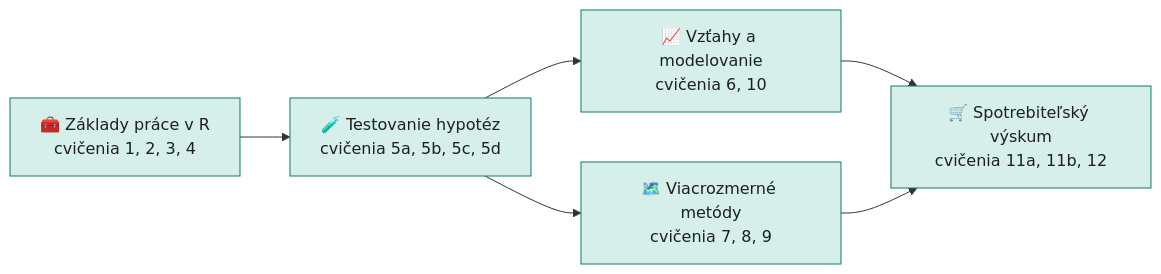
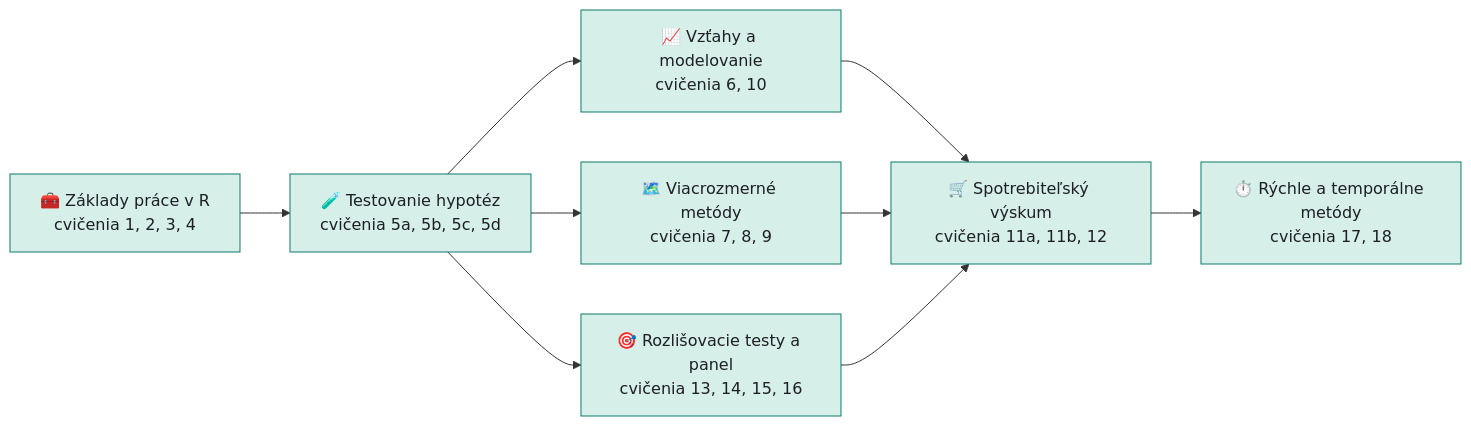
One commit to senzorika/SaIT changed the first of 2 diagrams in README.md. Above: the diagram before and after it, drawn with Mermaid. The commit also changed other lines of this file and 62 other files, not shown here.

````diff
--- a/README.md
+++ b/README.md
@@ -28,15 +28,20 @@
 ```mermaid
 flowchart LR
     B0["🧰 Základy práce v R<br/>cvičenia 1, 2, 3, 4"]
     B1["🧪 Testovanie hypotéz<br/>cvičenia 5a, 5b, 5c, 5d"]
     B2["📈 Vzťahy a modelovanie<br/>cvičenia 6, 10"]
     B3["🗺️ Viacrozmerné metódy<br/>cvičenia 7, 8, 9"]
-    B4["🛒 Spotrebiteľský výskum<br/>cvičenia 11a, 11b, 12"]
+    B4["🎯 Rozlišovacie testy a panel<br/>cvičenia 13, 14, 15, 16"]
+    B5["🛒 Spotrebiteľský výskum<br/>cvičenia 11a, 11b, 12"]
+    B6["⏱️ Rýchle a temporálne metódy<br/>cvičenia 17, 18"]
     B0 --> B1
     B1 --> B2
     B1 --> B3
-    B2 --> B4
-    B3 --> B4
+    B1 --> B4
+    B2 --> B5
+    B3 --> B5
+    B4 --> B5
+    B5 --> B6
     classDef blk fill:#d6efe9,stroke:#0f7b6c,color:#1d1f24
-    class B0,B1,B2,B3,B4 blk
+    class B0,B1,B2,B3,B4,B5,B6 blk
 ```
````
